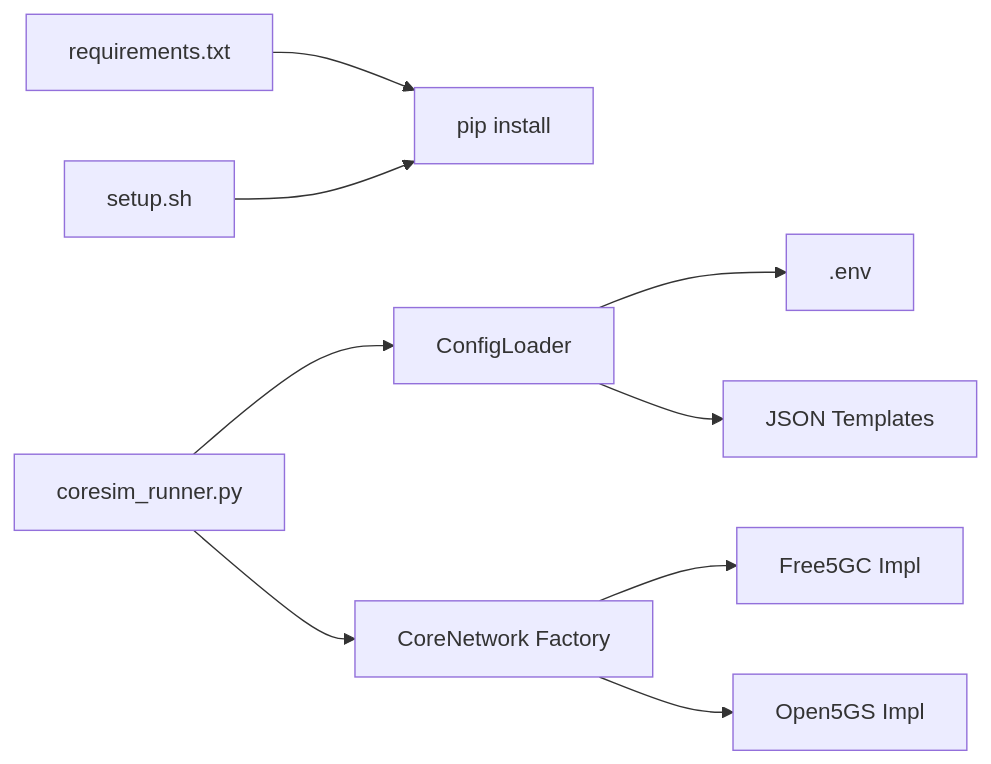
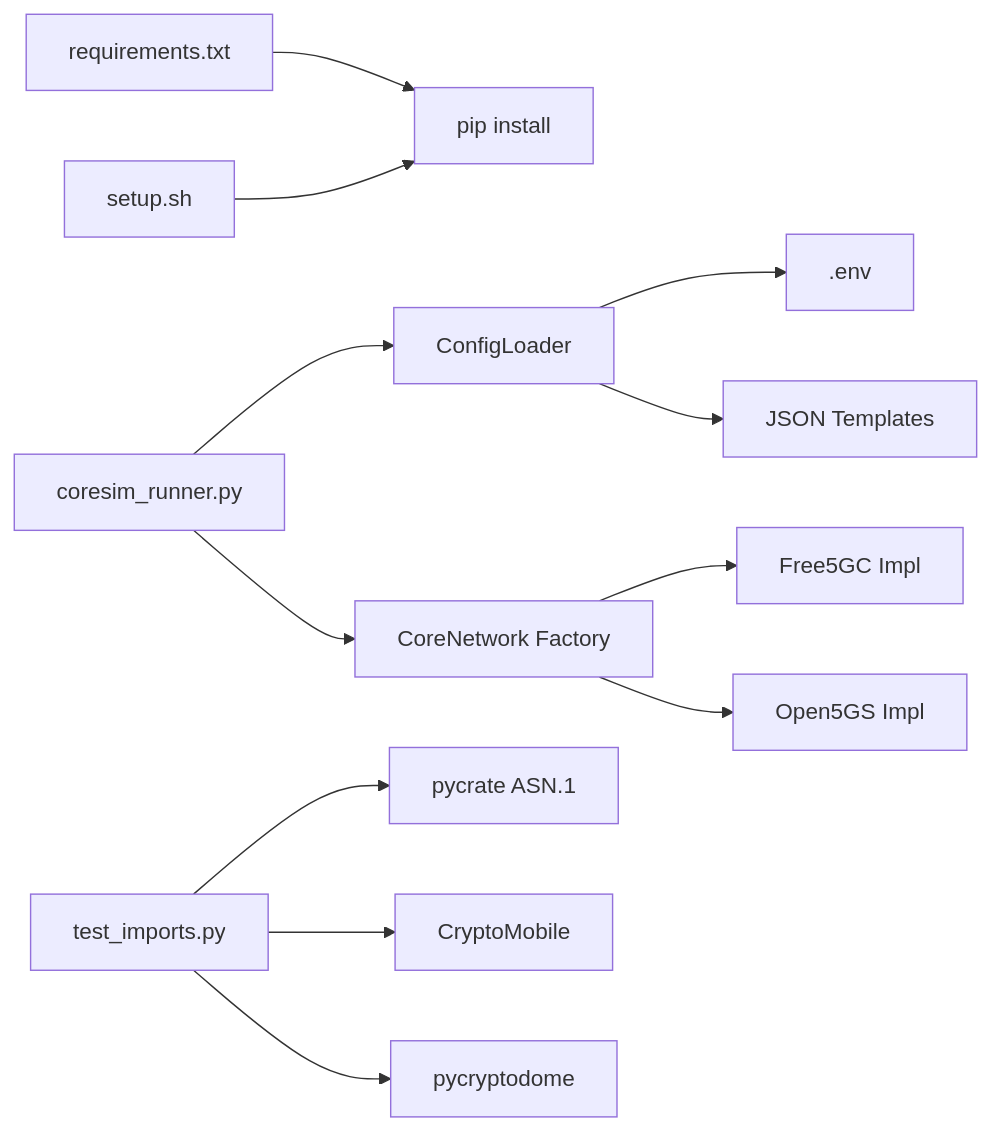
Before and after one commit to hackeryounow/coresimrunner: the fifth of 5 diagrams in .qoder/repowiki/en/content/Project Overview/Getting Started.md, drawn with Mermaid. The commit also changed other lines of this file and 6 other files, not shown here.

````diff
--- a/.qoder/repowiki/en/content/Project Overview/Getting Started.md
+++ b/.qoder/repowiki/en/content/Project Overview/Getting Started.md
@@ -249,11 +307,14 @@
 ```mermaid
 graph LR
 Req["requirements.txt"] --> Pip["pip install"]
 Setup["setup.sh"] --> Pip
 Cfg["ConfigLoader"] --> Env[".env"]
 Cfg --> Json["JSON Templates"]
 Runner["coresim_runner.py"] --> Cfg
 Runner --> Factory["CoreNetwork Factory"]
 Factory --> Free5GC["Free5GC Impl"]
 Factory --> Open5GS["Open5GS Impl"]
+Test["test_imports.py"] --> PyCrate["pycrate ASN.1"]
+Test --> CryptoMobile["CryptoMobile"]
+Test --> Crypto["pycryptodome"]
 ```
````
